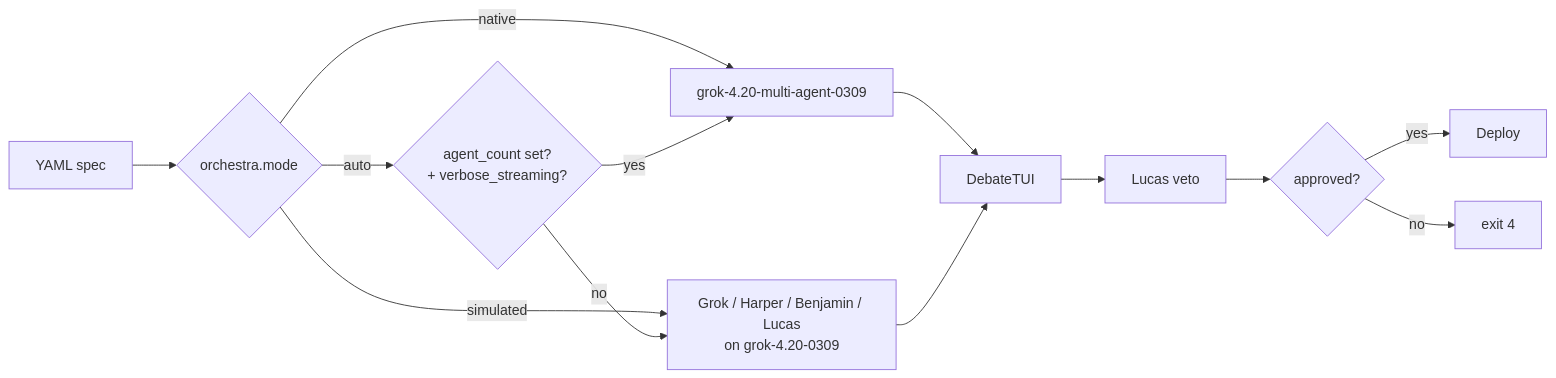
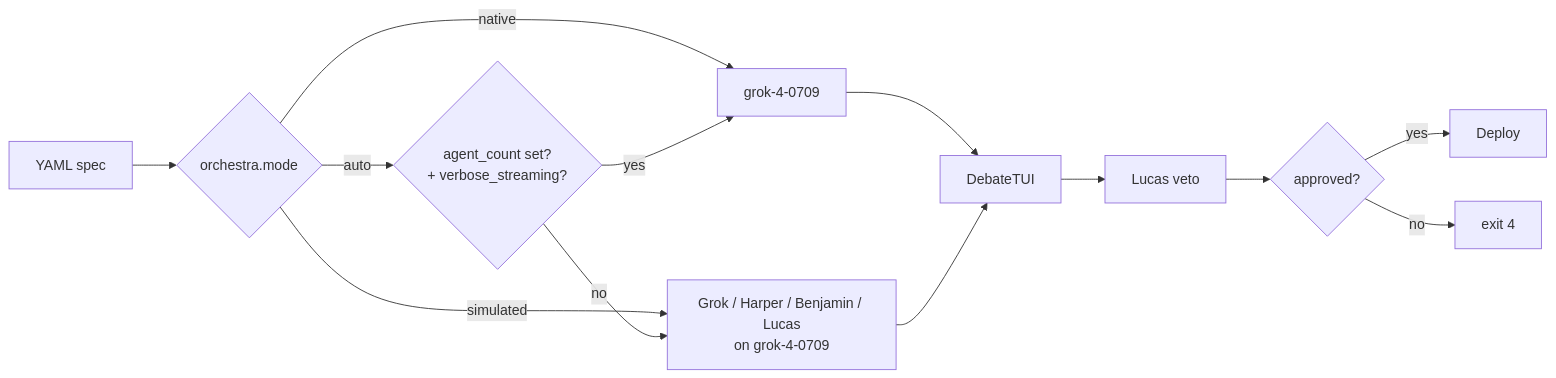
One commit to AgentMindCloud/grok-agent-orchestra changed the first of 8 diagrams in docs/orchestra.md. Above: the diagram before and after it, drawn with Mermaid. The commit also changed other lines of this file and 46 other files, not shown here.

````diff
--- a/docs/orchestra.md
+++ b/docs/orchestra.md
@@ -18,15 +18,15 @@
 ```mermaid
 flowchart LR
   A[YAML spec] --> B{orchestra.mode}
-  B -->|native| N[grok-4.20-multi-agent-0309]
-  B -->|simulated| S[Grok / Harper / Benjamin / Lucas<br/>on grok-4.20-0309]
+  B -->|native| N[grok-4-0709]
+  B -->|simulated| S[Grok / Harper / Benjamin / Lucas<br/>on grok-4-0709]
   B -->|auto| D{agent_count set?<br/>+ verbose_streaming?}
   D -->|yes| N
   D -->|no| S
   N --> TUI[DebateTUI]
   S --> TUI
   TUI --> V[Lucas veto]
   V --> P{approved?}
   P -->|yes| Deploy
   P -->|no| Block[exit 4]
 ```
````
